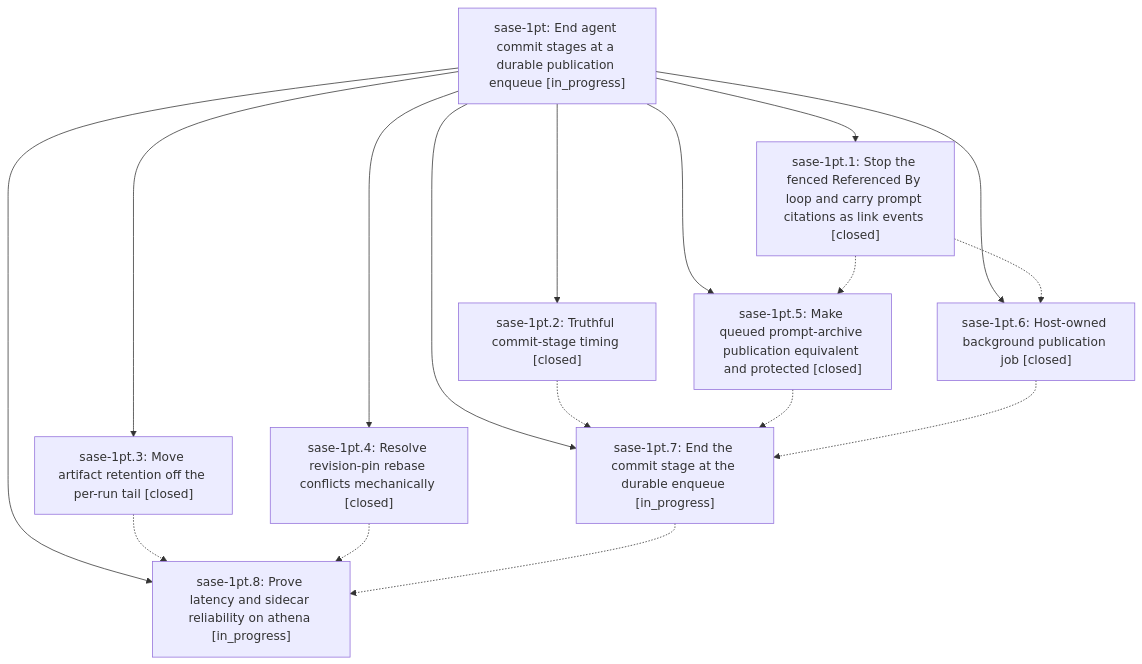
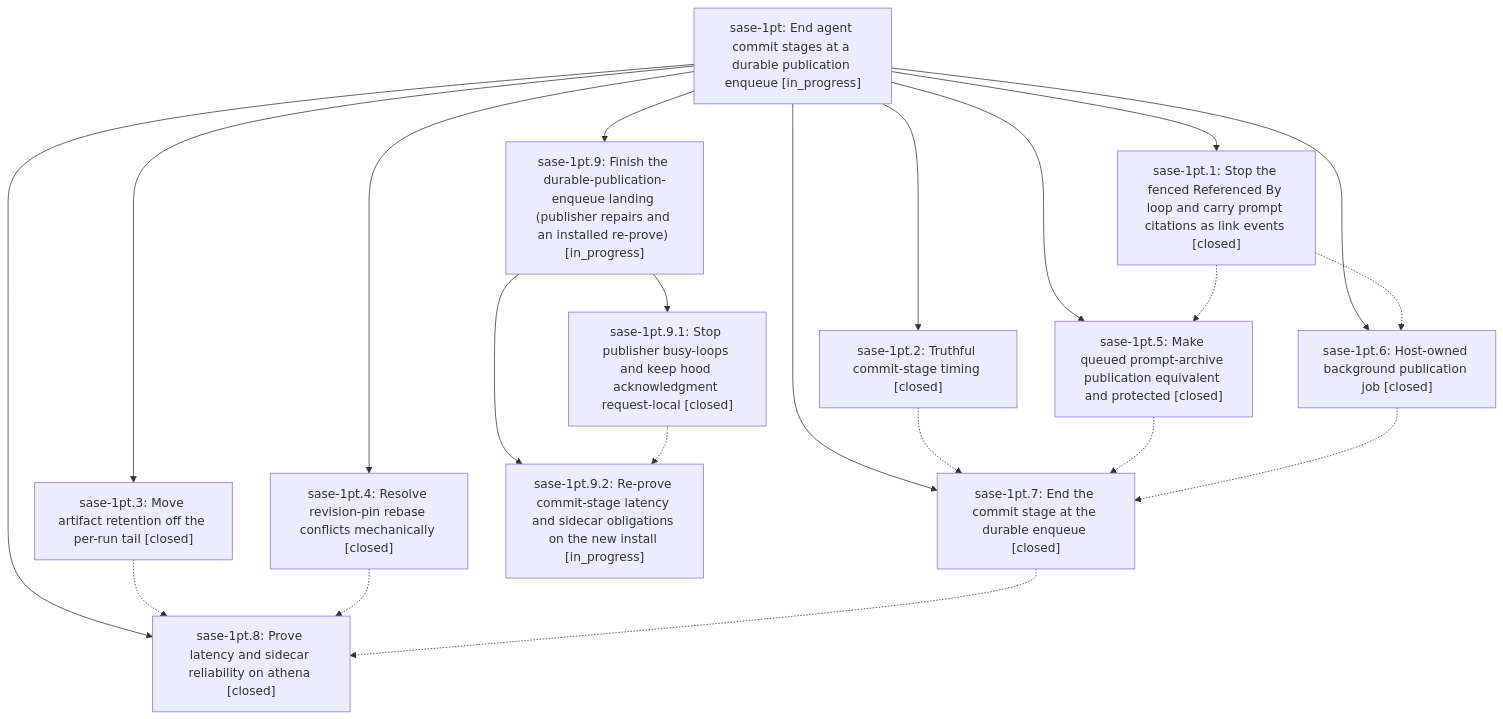
One commit to sase-org/sase--beads changed the diagram in pages/sase-1pt/README.md. Above: the diagram before and after it, drawn with Mermaid. The commit also changed other lines of this file and 10 other files, not shown here.

````diff
--- a/pages/sase-1pt/README.md
+++ b/pages/sase-1pt/README.md
@@ -43,28 +47,35 @@
 ```mermaid
 flowchart TD
     n0["sase-1pt: End agent commit stages at a durable publication enqueue [in_progress]"]
     n1["sase-1pt.1: Stop the fenced Referenced By loop and carry prompt citations as link events [closed]"]
     n2["sase-1pt.2: Truthful commit-stage timing [closed]"]
     n3["sase-1pt.3: Move artifact retention off the per-run tail [closed]"]
     n4["sase-1pt.4: Resolve revision-pin rebase conflicts mechanically [closed]"]
     n5["sase-1pt.5: Make queued prompt-archive publication equivalent and protected [closed]"]
     n6["sase-1pt.6: Host-owned background publication job [closed]"]
-    n7["sase-1pt.7: End the commit stage at the durable enqueue [in_progress]"]
-    n8["sase-1pt.8: Prove latency and sidecar reliability on athena [in_progress]"]
+    n7["sase-1pt.7: End the commit stage at the durable enqueue [closed]"]
+    n8["sase-1pt.8: Prove latency and sidecar reliability on athena [closed]"]
+    n9["sase-1pt.9: Finish the durable-publication-enqueue landing (publisher repairs and an installed re-prove) [in_progress]"]
+    n10["sase-1pt.9.1: Stop publisher busy-loops and keep hood acknowledgment request-local [closed]"]
+    n11["sase-1pt.9.2: Re-prove commit-stage latency and sidecar obligations on the new install [in_progress]"]
     n0 --> n1
     n0 --> n2
     n0 --> n3
     n0 --> n4
     n0 --> n5
     n0 --> n6
     n0 --> n7
     n0 --> n8
+    n0 --> n9
+    n9 --> n10
+    n9 --> n11
     n1 -.-> n5
     n1 -.-> n6
     n2 -.-> n7
     n3 -.-> n8
     n4 -.-> n8
     n5 -.-> n7
     n6 -.-> n7
     n7 -.-> n8
+    n10 -.-> n11
 ```
````
